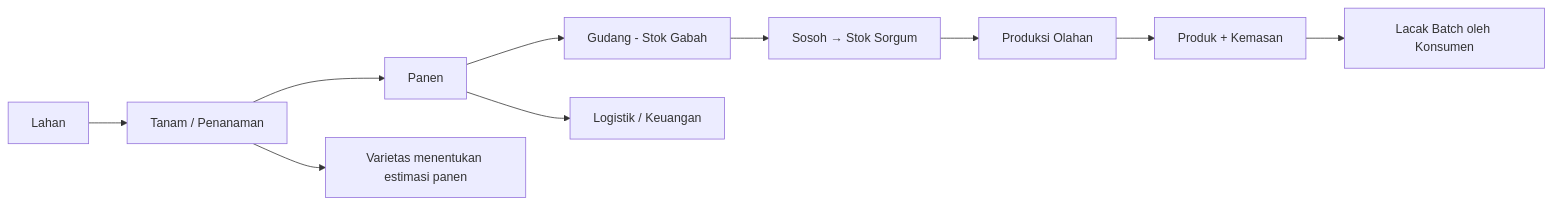
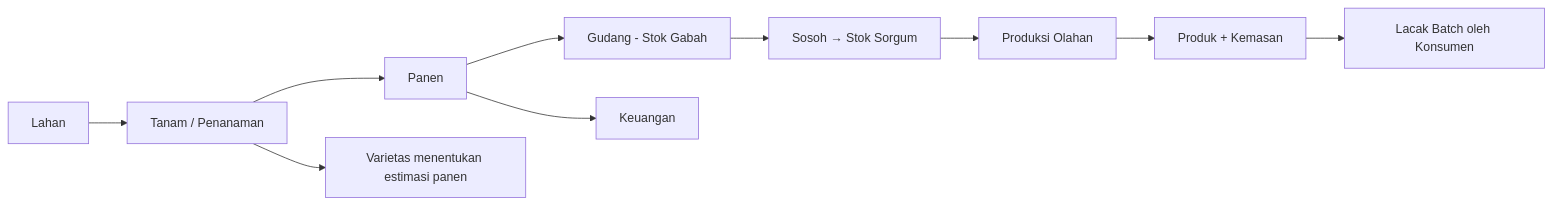
The first of 7 diagrams in docs/FITUR-DAN-ALUR.md (andiahmadnurmadani/scm-bestari), drawn with Mermaid before and after one commit. The commit also changed other lines of this file and 7 other files, not shown here.

````diff
--- a/docs/FITUR-DAN-ALUR.md
+++ b/docs/FITUR-DAN-ALUR.md
@@ -89,12 +89,12 @@
 ```mermaid
 flowchart LR
     A[Lahan] --> B[Tanam / Penanaman]
     B --> C[Panen]
     C --> D[Gudang - Stok Gabah]
     D --> E[Sosoh → Stok Sorgum]
     E --> F[Produksi Olahan]
     F --> G[Produk + Kemasan]
     G --> H[Lacak Batch oleh Konsumen]
-    C --> I[Logistik / Keuangan]
+    C --> I[Keuangan]
     B --> J[Varietas menentukan estimasi panen]
 ```
````
